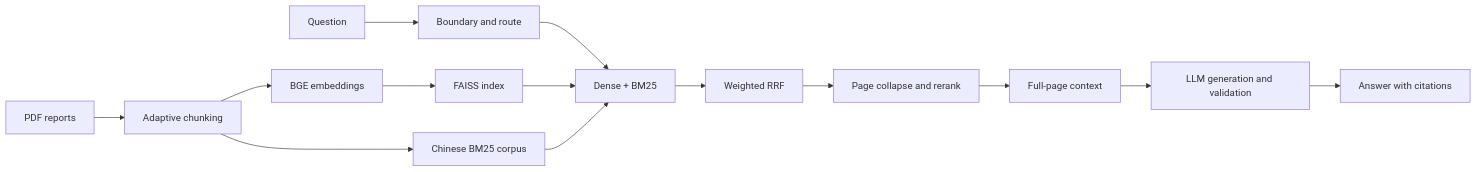
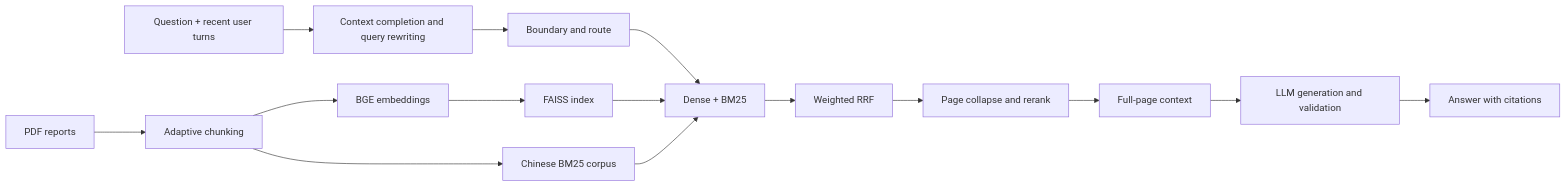
One commit to iamnotchloe/myai changed the diagram in README.md. Above: the diagram before and after it, drawn with Mermaid. The commit also changed other lines of this file and 9 other files, not shown here.

Commit message:
Add multi-turn RAG query rewriting

````diff
--- a/README.md
+++ b/README.md
@@ -17,16 +18,17 @@
 ```mermaid
 flowchart LR
     A[PDF reports] --> B[Adaptive chunking]
     B --> C[BGE embeddings]
     C --> D[FAISS index]
     B --> E[Chinese BM25 corpus]
-    Q[Question] --> R[Boundary and route]
+    Q[Question + recent user turns] --> QR[Context completion and query rewriting]
+    QR --> R[Boundary and route]
     R --> F[Dense + BM25]
     D --> F
     E --> F
     F --> G[Weighted RRF]
     G --> H[Page collapse and rerank]
     H --> I[Full-page context]
     I --> J[LLM generation and validation]
     J --> K[Answer with citations]
 ```
````
